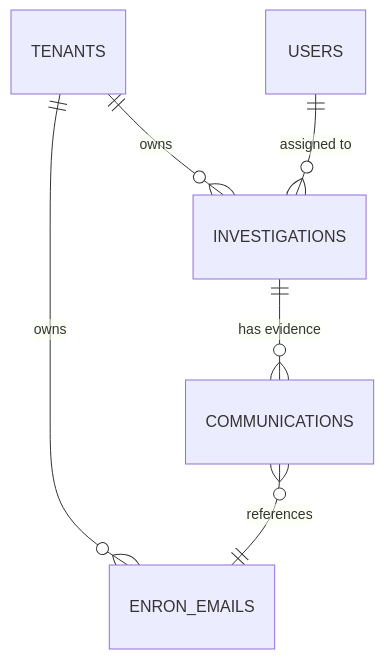
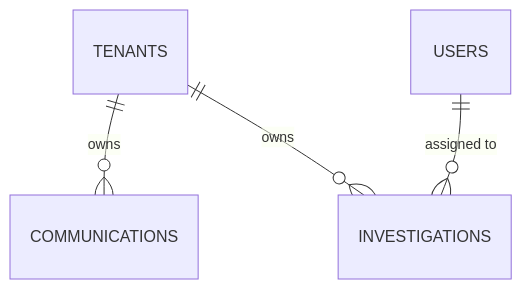
One commit to nkumar15/communication-analysis changed the diagram in backend/modules/domains/b2b/bank_surveillance/docs/technical/schema.md. Above: the diagram before and after it, drawn with Mermaid. The commit also changed other lines of this file and 9 other files, not shown here.

Commit message:
docs: Refactor API and architecture documentation, update component names, and introduce a new B2B README.

````diff
--- a/backend/modules/domains/b2b/bank_surveillance/docs/technical/schema.md
+++ b/backend/modules/domains/b2b/bank_surveillance/docs/technical/schema.md
@@ -71,8 +63,6 @@
 ```mermaid
 erDiagram
-    TENANTS ||--o{ ENRON_EMAILS : "owns"
+    TENANTS ||--o{ COMMUNICATIONS : "owns"
     TENANTS ||--o{ INVESTIGATIONS : "owns"
-    INVESTIGATIONS ||--o{ COMMUNICATIONS : "has evidence"
-    COMMUNICATIONS }o--|| ENRON_EMAILS : "references"
     USERS ||--o{ INVESTIGATIONS : "assigned to"
 ```
````
